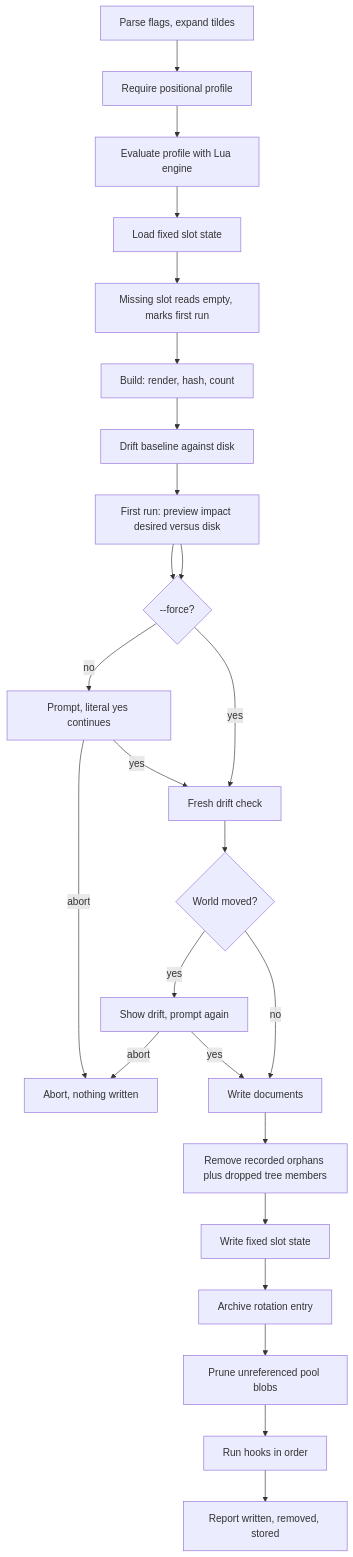
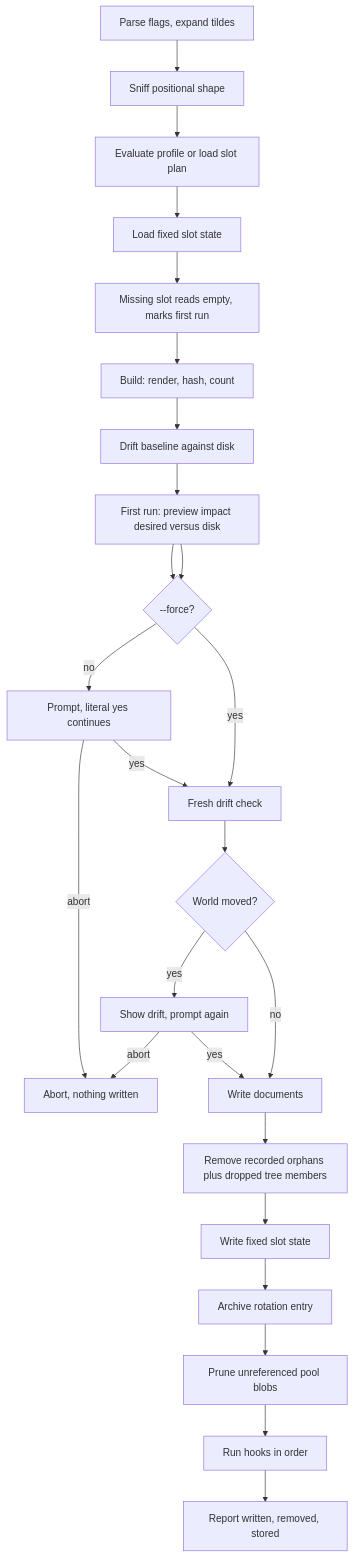
One commit to SolracHQ/confit changed the diagram in docs/flows/apply.md. Above: the diagram before and after it, drawn with Mermaid. The commit also changed other lines of this file and 26 other files, not shown here.

Commit message:
Apply reads one positional in every shape, recover plus the plan flag retire. History counts newest-first from one, tests split by domain. The vocabulary rename remains pending, as tradition demands.

````diff
--- a/docs/flows/apply.md
+++ b/docs/flows/apply.md
@@ -8,27 +8,27 @@
 ```mermaid
 flowchart TD
-    A["Parse flags, expand tildes"] --> B["Require positional profile"]
-    B --> C["Evaluate profile with Lua engine"]
+    A["Parse flags, expand tildes"] --> B["Sniff positional shape"]
+    B --> C["Evaluate profile or load slot plan"]
     C --> D["Load fixed slot state"]
     D --> E["Missing slot reads empty, marks first run"]
     E --> F["Build: render, hash, count"]
     F --> G["Drift baseline against disk"]
     G --> H["First run: preview impact desired versus disk"]
     H --> I["Render preview"]
     H --> I{"--force?"}
     I -- no --> J["Prompt, literal yes continues"]
     I -- yes --> K["Fresh drift check"]
     J -- abort --> Z["Abort, nothing written"]
     J -- yes --> K
     K --> L{"World moved?"}
     L -- yes --> M["Show drift, prompt again"]
     L -- no --> N["Write documents"]
     M -- abort --> Z
     M -- yes --> N
     N --> O["Remove recorded orphans plus dropped tree members"]
     O --> P["Write fixed slot state"]
     P --> Q["Archive rotation entry"]
     Q --> Q2["Prune unreferenced pool blobs"]
     Q2 --> R["Run hooks in order"]
     R --> S["Report written, removed, stored"]
 ```
````
